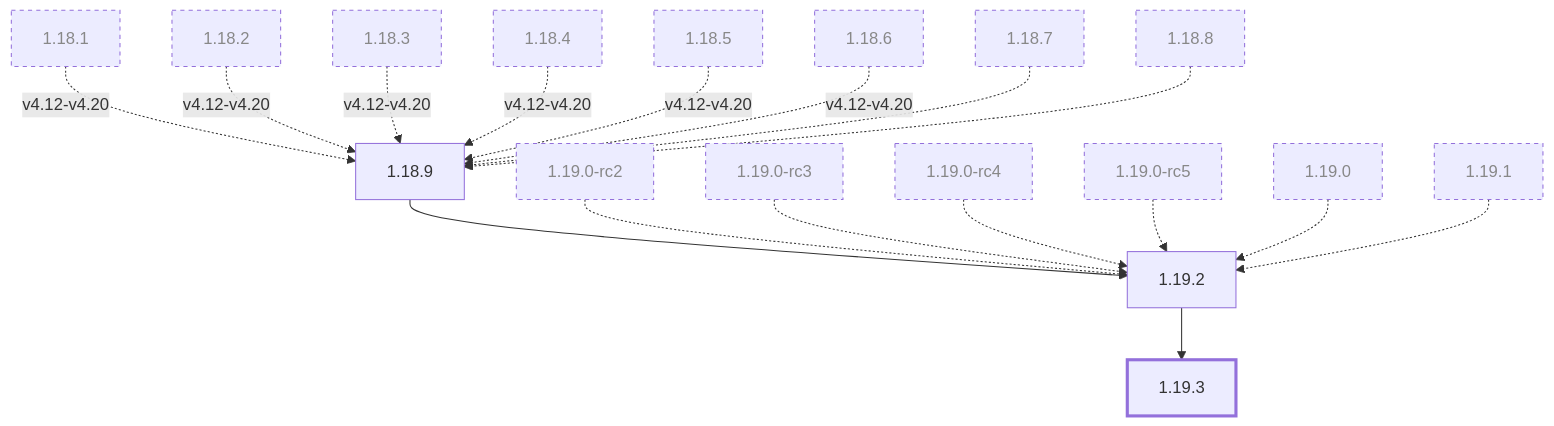
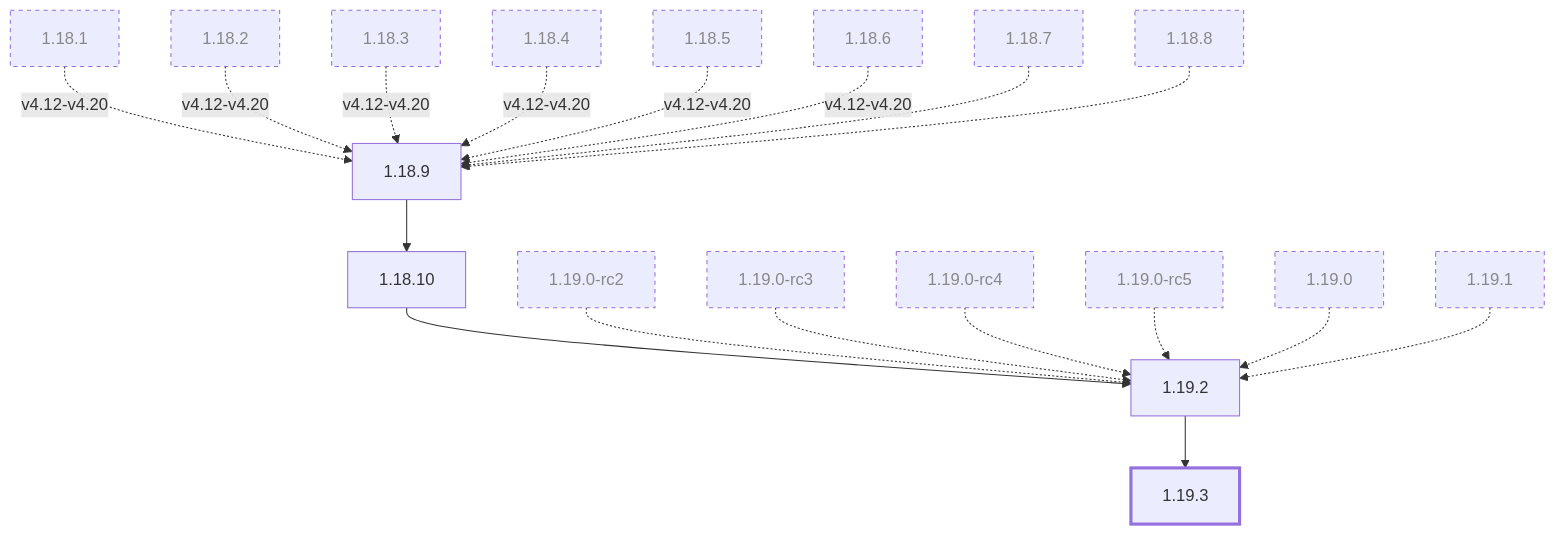
The second of 3 diagrams in stackgres-k8s/install/operator-sdk/stackgres-operator/VERSIONS-red-hat-certified.md (ongres/stackgres), drawn with Mermaid before and after one commit. The commit also changed other lines of this file and 4 other files, not shown here.

````diff
--- a/stackgres-k8s/install/operator-sdk/stackgres-operator/VERSIONS-red-hat-certified.md
+++ b/stackgres-k8s/install/operator-sdk/stackgres-operator/VERSIONS-red-hat-certified.md
@@ -63,38 +73,40 @@
 ```mermaid
 flowchart TD
   v1_18_1["1.18.1"]:::removed
   v1_18_2["1.18.2"]:::removed
   v1_18_3["1.18.3"]:::removed
   v1_18_4["1.18.4"]:::removed
   v1_18_5["1.18.5"]:::removed
   v1_18_6["1.18.6"]:::removed
   v1_18_7["1.18.7"]:::removed
   v1_18_8["1.18.8"]:::removed
   v1_18_9["1.18.9"]
+  v1_18_10["1.18.10"]
   v1_19_0_rc2["1.19.0-rc2"]:::removed
   v1_19_0_rc3["1.19.0-rc3"]:::removed
   v1_19_0_rc4["1.19.0-rc4"]:::removed
   v1_19_0_rc5["1.19.0-rc5"]:::removed
   v1_19_0["1.19.0"]:::removed
   v1_19_1["1.19.1"]:::removed
   v1_19_2["1.19.2"]
   v1_19_3["1.19.3"]:::head
   v1_18_1 -.-> |"v4.12-v4.20"| v1_18_9
   v1_18_2 -.-> |"v4.12-v4.20"| v1_18_9
   v1_18_3 -.-> |"v4.12-v4.20"| v1_18_9
   v1_18_4 -.-> |"v4.12-v4.20"| v1_18_9
   v1_18_5 -.-> |"v4.12-v4.20"| v1_18_9
   v1_18_6 -.-> |"v4.12-v4.20"| v1_18_9
   v1_18_7 -.-> v1_18_9
   v1_18_8 -.-> v1_18_9
-  v1_18_9 --> v1_19_2
+  v1_18_9 --> v1_18_10
+  v1_18_10 --> v1_19_2
   v1_19_0_rc2 -.-> v1_19_2
   v1_19_0_rc3 -.-> v1_19_2
   v1_19_0_rc4 -.-> v1_19_2
   v1_19_0_rc5 -.-> v1_19_2
   v1_19_0 -.-> v1_19_2
   v1_19_1 -.-> v1_19_2
   v1_19_2 --> v1_19_3
   classDef head stroke-width:3px
   classDef removed stroke-dasharray:4 4,color:#888
 ```
````
